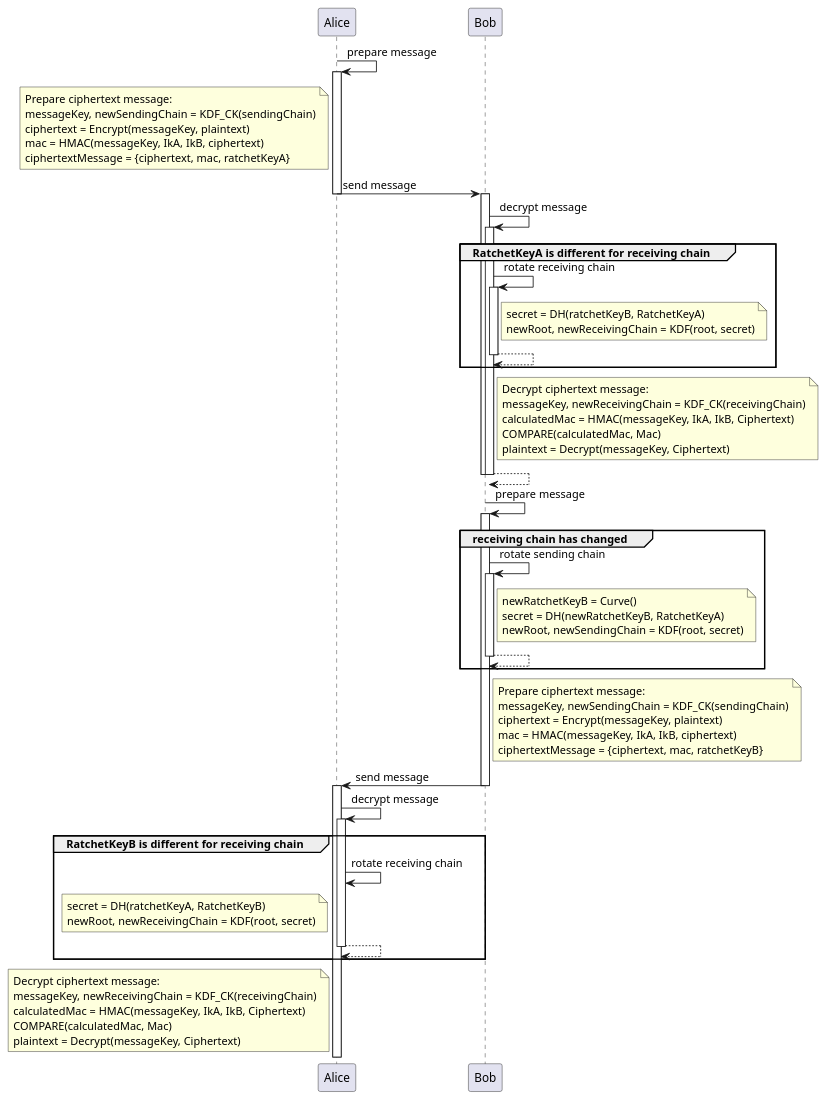
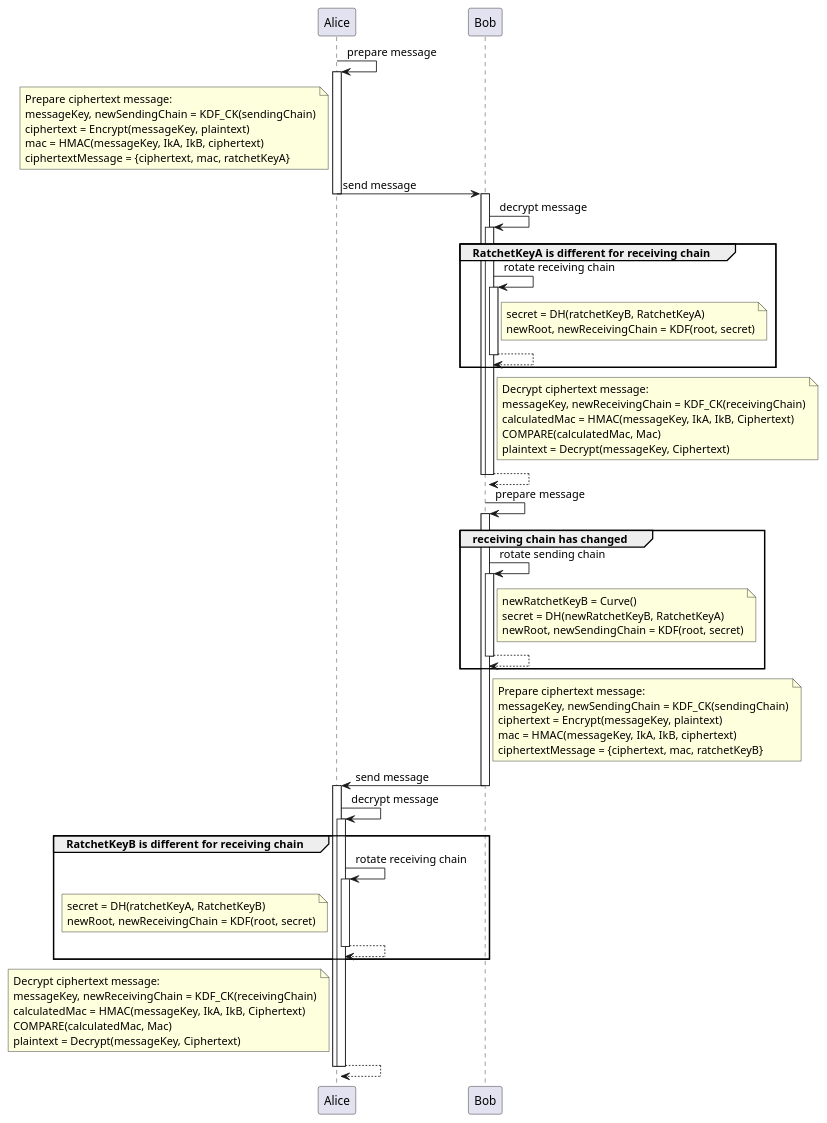
One commit to humans-group/go-signal-protocol changed the diagram in doc/communication.puml. Above: the diagram before and after it, drawn with PlantUML. The commit also changed 1 other file, not shown here.

```diff
--- a/doc/communication.puml
+++ b/doc/communication.puml
@@ -1,89 +1,92 @@
 @startuml
 
 participant Alice
 participant Bob
 
 Alice -> Alice: prepare message
 activate Alice
 
 note left of Alice
 Prepare ciphertext message:
 messageKey, newSendingChain = KDF_CK(sendingChain)
 ciphertext = Encrypt(messageKey, plaintext)
 mac = HMAC(messageKey, IkA, IkB, ciphertext)
 ciphertextMessage = {ciphertext, mac, ratchetKeyA}
 end note
 
 Alice -> Bob: send message
 deactivate Alice
 activate Bob
 Bob -> Bob: decrypt message
 activate Bob
 
 group RatchetKeyA is different for receiving chain
 Bob -> Bob: rotate receiving chain
 activate Bob
 note right of Bob
 secret = DH(ratchetKeyB, RatchetKeyA)
 newRoot, newReceivingChain = KDF(root, secret)
 end note
 return
 end
 
 note right of Bob
 Decrypt ciphertext message:
 messageKey, newReceivingChain = KDF_CK(receivingChain)
 calculatedMac = HMAC(messageKey, IkA, IkB, Ciphertext)
 COMPARE(calculatedMac, Mac)
 plaintext = Decrypt(messageKey, Ciphertext)
 end note
 
 return
 deactivate Bob
 
 Bob -> Bob: prepare message
 activate Bob
 group receiving chain has changed
 Bob -> Bob: rotate sending chain
 activate Bob
 note right of Bob
 newRatchetKeyB = Curve()
 secret = DH(newRatchetKeyB, RatchetKeyA)
 newRoot, newSendingChain = KDF(root, secret)
 end note
 return
 end
 
 note right of Bob
 Prepare ciphertext message:
 messageKey, newSendingChain = KDF_CK(sendingChain)
 ciphertext = Encrypt(messageKey, plaintext)
 mac = HMAC(messageKey, IkA, IkB, ciphertext)
 ciphertextMessage = {ciphertext, mac, ratchetKeyB}
 end note
 
 Bob -> Alice: send message
 deactivate Bob
 activate Alice
 
 Alice -> Alice: decrypt message
 activate Alice
 
 group RatchetKeyB is different for receiving chain
 Alice -> Alice: rotate receiving chain
+activate Alice
 note left of Alice
 secret = DH(ratchetKeyA, RatchetKeyB)
 newRoot, newReceivingChain = KDF(root, secret)
 end note
 return
 end
 
 note left of Alice
 Decrypt ciphertext message:
 messageKey, newReceivingChain = KDF_CK(receivingChain)
 calculatedMac = HMAC(messageKey, IkA, IkB, Ciphertext)
 COMPARE(calculatedMac, Mac)
 plaintext = Decrypt(messageKey, Ciphertext)
 end note
+return
+deactivate Alice
 
 @enduml
```
